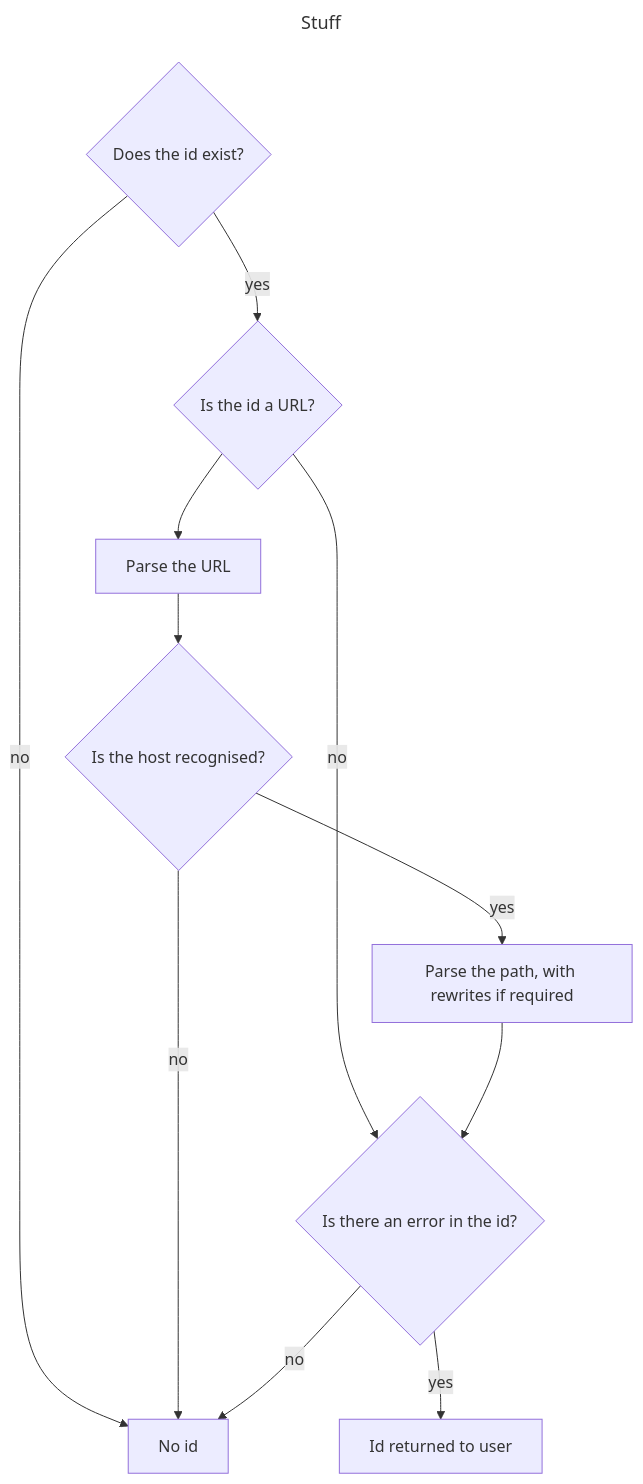
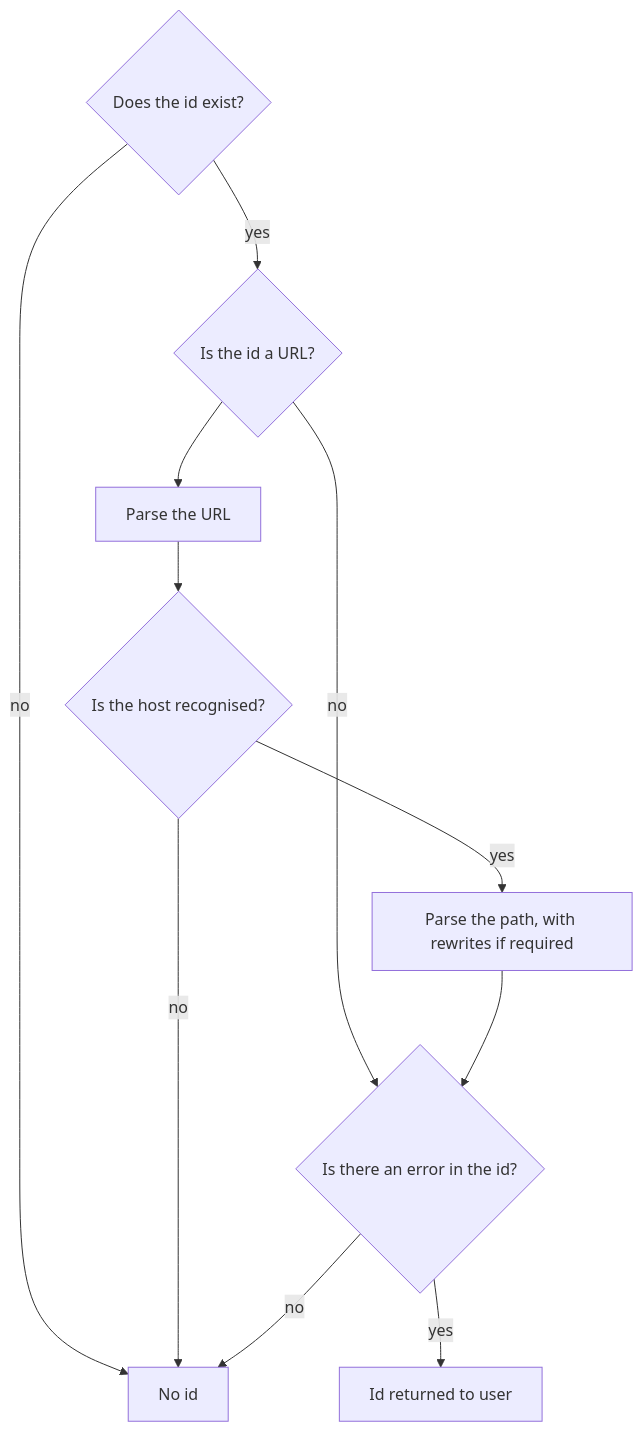
One commit to dlcs/iiif-presentation changed the diagram in docs/rfcs/0005-mixed-manifests.md. Above: the diagram before and after it, drawn with Mermaid. The commit also changed other lines of this file and 3 other files, not shown here.

````diff
--- a/docs/rfcs/0005-mixed-manifests.md
+++ b/docs/rfcs/0005-mixed-manifests.md
@@ -161,27 +161,23 @@
 ```mermaid
----
-title: Stuff
----
-
 flowchart
     exist{Does the id exist?}
     url{Is the id a URL?}
     parseUrl[Parse the URL]
     recognisedHost{Is the host recognised?}
     parsePath[Parse the path, with rewrites if required]
     checkErrors{Is there an error in the id?}
 
     exist -- no --> no
     exist -- yes --> url
     url -- no --> checkErrors
     url --> parseUrl
     parseUrl --> recognisedHost
     recognisedHost -- no --> no
     recognisedHost -- yes --> parsePath
     parsePath --> checkErrors
     checkErrors -- no --> no
     checkErrors -- yes --> yes
 
     no[No id]
     yes[Id returned to user]
 ```
````
